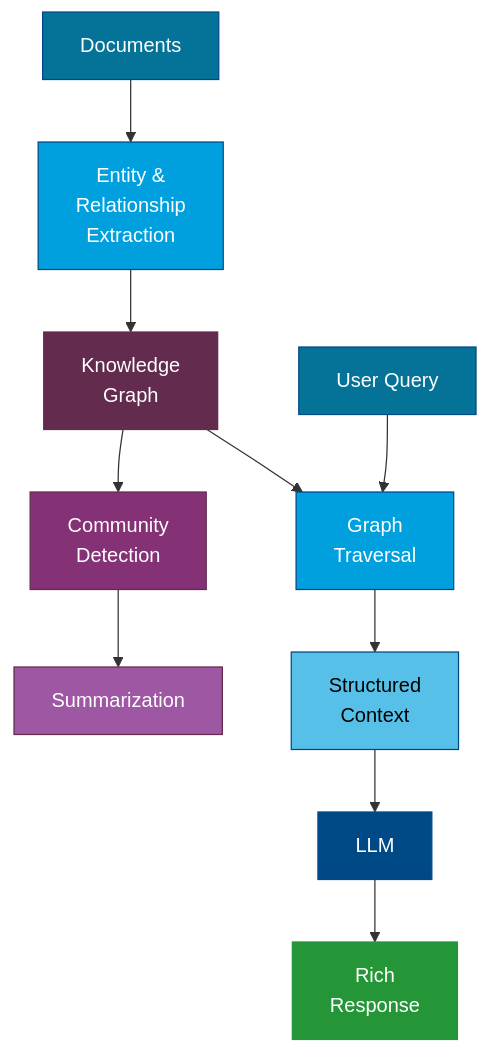
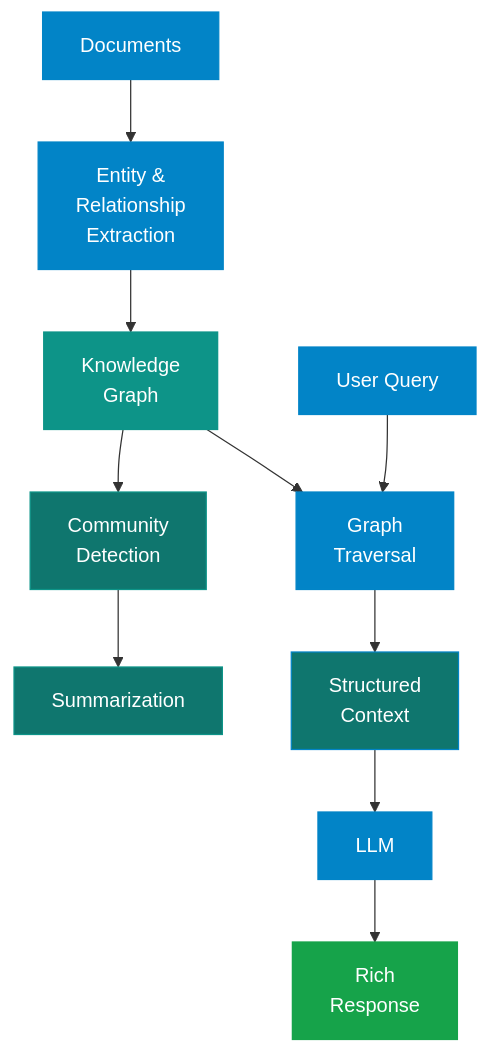
The third of 3 diagrams in docs/concepts/retrieval-and-data.md (nitin27may/ai-resources), drawn with Mermaid before and after one commit. The commit also changed other lines of this file and 84 other files, not shown here.

````diff
--- a/docs/concepts/retrieval-and-data.md
+++ b/docs/concepts/retrieval-and-data.md
@@ -172,24 +214,24 @@
 ```mermaid
 graph TD
-    A["Documents"] --> B["Entity &\nRelationship\nExtraction"]
-    B --> C["Knowledge\nGraph"]
-    C --> D["Community\nDetection"]
+    A["Documents"] --> B["Entity &<br/>Relationship<br/>Extraction"]
+    B --> C["Knowledge<br/>Graph"]
+    C --> D["Community<br/>Detection"]
     D --> E["Summarization"]
 
-    F["User Query"] --> G["Graph\nTraversal"]
+    F["User Query"] --> G["Graph<br/>Traversal"]
     C --> G
-    G --> H["Structured\nContext"]
+    G --> H["Structured<br/>Context"]
     H --> I["LLM"]
-    I --> J["Rich\nResponse"]
+    I --> J["Rich<br/>Response"]
 
-    style A fill:#057398,stroke:#004987,color:#fff
-    style B fill:#00A0DF,stroke:#004987,color:#fff
-    style C fill:#632C4F,stroke:#632C4F,color:#fff
-    style D fill:#853175,stroke:#632C4F,color:#fff
-    style E fill:#9E57A2,stroke:#632C4F,color:#fff
-    style F fill:#057398,stroke:#004987,color:#fff
-    style G fill:#00A0DF,stroke:#004987,color:#fff
-    style H fill:#57C0E8,stroke:#004987,color:#000
-    style I fill:#004987,stroke:#004987,color:#fff
-    style J fill:#259638,stroke:#259638,color:#fff
+    style A fill:#0284c7,stroke:#0284c7,color:#fff
+    style B fill:#0284c7,stroke:#0284c7,color:#fff
+    style C fill:#0d9488,stroke:#0d9488,color:#fff
+    style D fill:#0f766e,stroke:#0d9488,color:#fff
+    style E fill:#0f766e,stroke:#0d9488,color:#fff
+    style F fill:#0284c7,stroke:#0284c7,color:#fff
+    style G fill:#0284c7,stroke:#0284c7,color:#fff
+    style H fill:#0f766e,stroke:#0284c7,color:#fff
+    style I fill:#0284c7,stroke:#0284c7,color:#fff
+    style J fill:#16a34a,stroke:#16a34a,color:#fff
 ```
````
